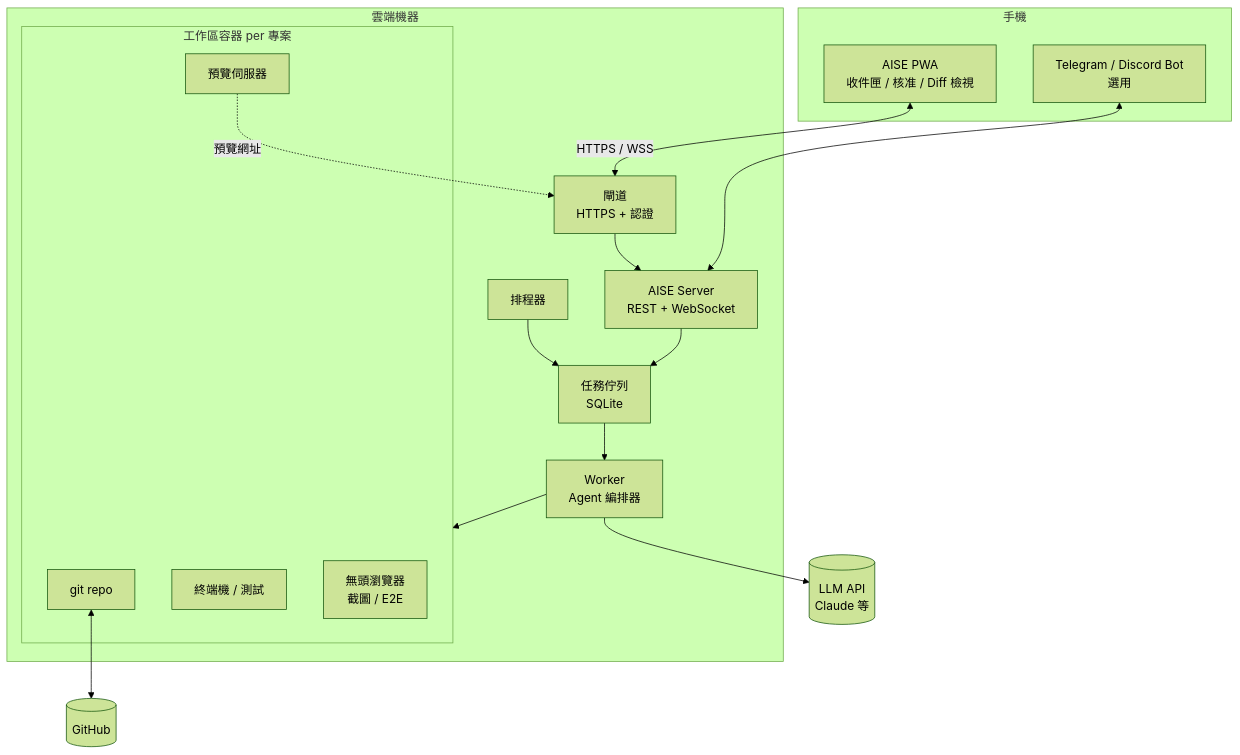
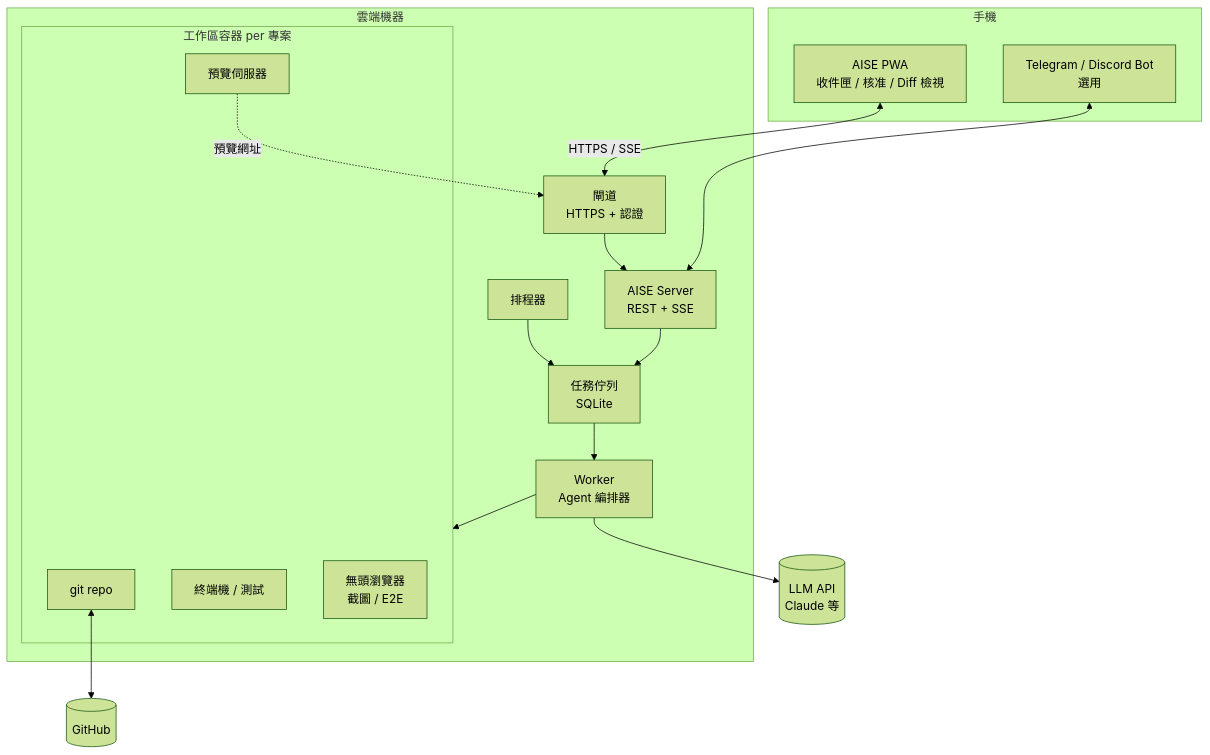
The first of 2 diagrams in doc/cloud.md (ccc-claude-opus/aise), drawn with Mermaid (forest theme) before and after one commit. The commit also changed other lines of this file and 30 other files, not shown here.

````diff
--- a/doc/cloud.md
+++ b/doc/cloud.md
@@ -34,35 +34,35 @@
 ```mermaid
 flowchart TB
     subgraph PHONE[手機]
         PWA[AISE PWA<br/>收件匣 / 核准 / Diff 檢視]
         TG[Telegram / Discord Bot<br/>選用]
     end
 
     subgraph CLOUD[雲端機器]
         GW[閘道<br/>HTTPS + 認證]
-        API[AISE Server<br/>REST + WebSocket]
+        API[AISE Server<br/>REST + SSE]
         Q[任務佇列<br/>SQLite]
         WK[Worker<br/>Agent 編排器]
         SCHED[排程器]
         subgraph WS[工作區容器 per 專案]
             REPO[git repo]
             SH[終端機 / 測試]
             BR[無頭瀏覽器<br/>截圖 / E2E]
             PV[預覽伺服器]
         end
     end
 
     LLM[(LLM API<br/>Claude 等)]
     GH[(GitHub)]
 
-    PWA <-->|HTTPS / WSS| GW
+    PWA <-->|HTTPS / SSE| GW
     TG <--> API
     GW --> API
     API --> Q
     SCHED --> Q
     Q --> WK
     WK --> WS
     WK --> LLM
     REPO <--> GH
     PV -.預覽網址.-> GW
 ```
````
